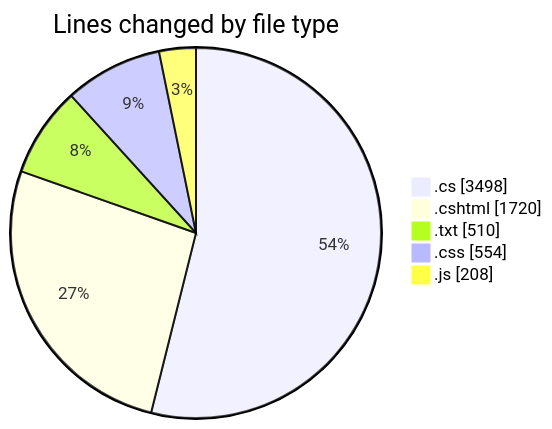
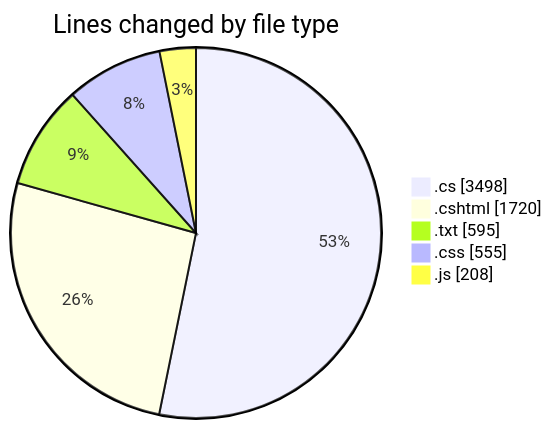
The first of 2 diagrams in 2025-07-28/quanlyrapchieuphim-1/README.md (lephambinh05/code-tracking), drawn with Mermaid before and after one commit. The commit also changed other lines of this file and 1 other file, not shown here.

````diff
--- a/2025-07-28/quanlyrapchieuphim-1/README.md
+++ b/2025-07-28/quanlyrapchieuphim-1/README.md
@@ -36,9 +36,9 @@
 ```mermaid
 pie showData
 title Lines changed by file type
 ".cs" : 3498
 ".cshtml" : 1720
-".txt" : 510
-".css" : 554
+".txt" : 595
+".css" : 555
 ".js" : 208
 ```
````
